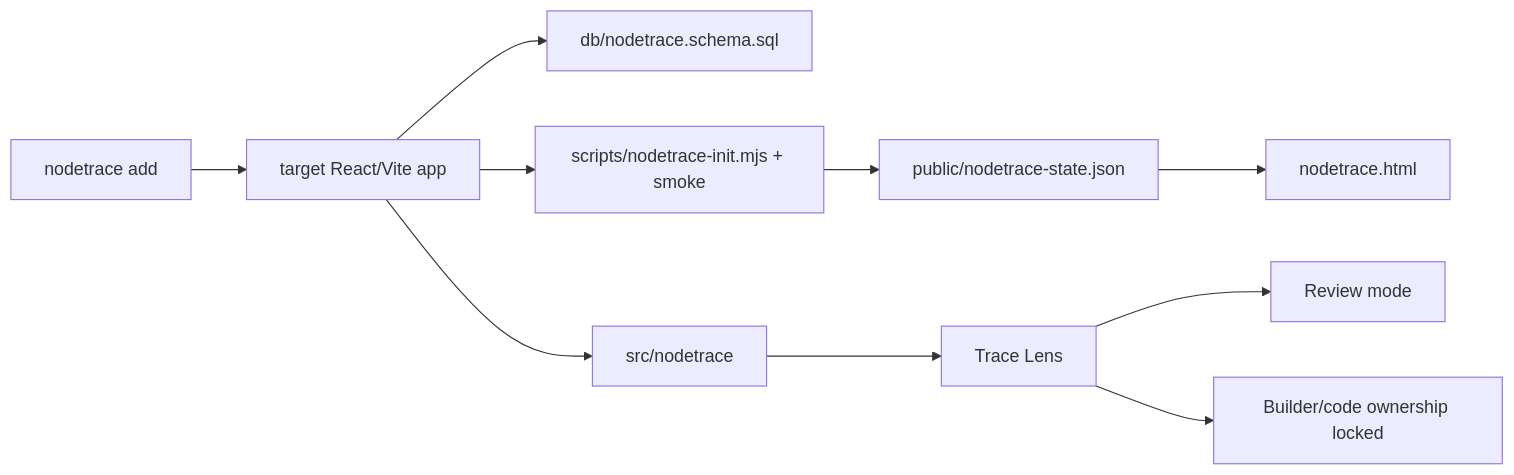
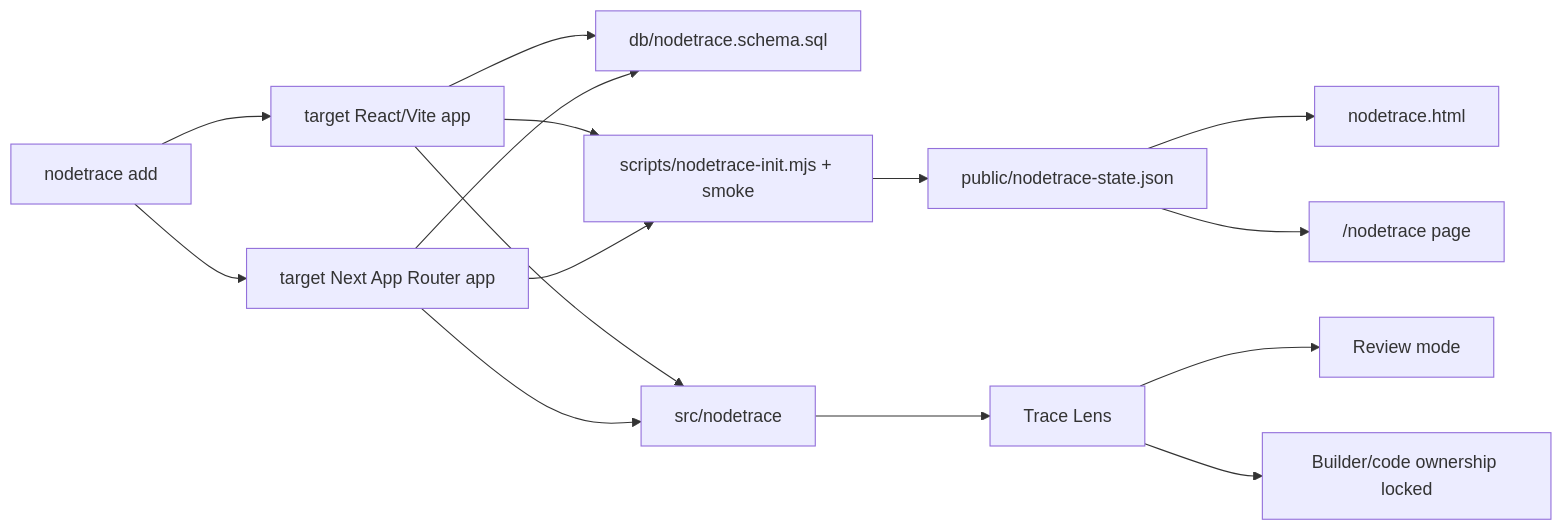
The diagram in docs/WALKTHROUGH.md (HomenShum/nodetrace), drawn with Mermaid before and after one commit. The commit also changed other lines of this file and 20 other files, not shown here.

````diff
--- a/docs/WALKTHROUGH.md
+++ b/docs/WALKTHROUGH.md
@@ -78,12 +85,17 @@
 ```mermaid
 flowchart LR
   CLI["nodetrace add"] --> Target["target React/Vite app"]
+  CLI --> NextTarget["target Next App Router app"]
   Target --> Schema["db/nodetrace.schema.sql"]
+  NextTarget --> Schema
   Target --> Scripts["scripts/nodetrace-init.mjs + smoke"]
+  NextTarget --> Scripts
   Target --> Components["src/nodetrace"]
+  NextTarget --> Components
   Scripts --> State["public/nodetrace-state.json"]
   State --> Demo["nodetrace.html"]
+  State --> NextDemo["/nodetrace page"]
   Components --> Lens["Trace Lens"]
   Lens --> Review["Review mode"]
   Lens --> Locked["Builder/code ownership locked"]
 ```
````
